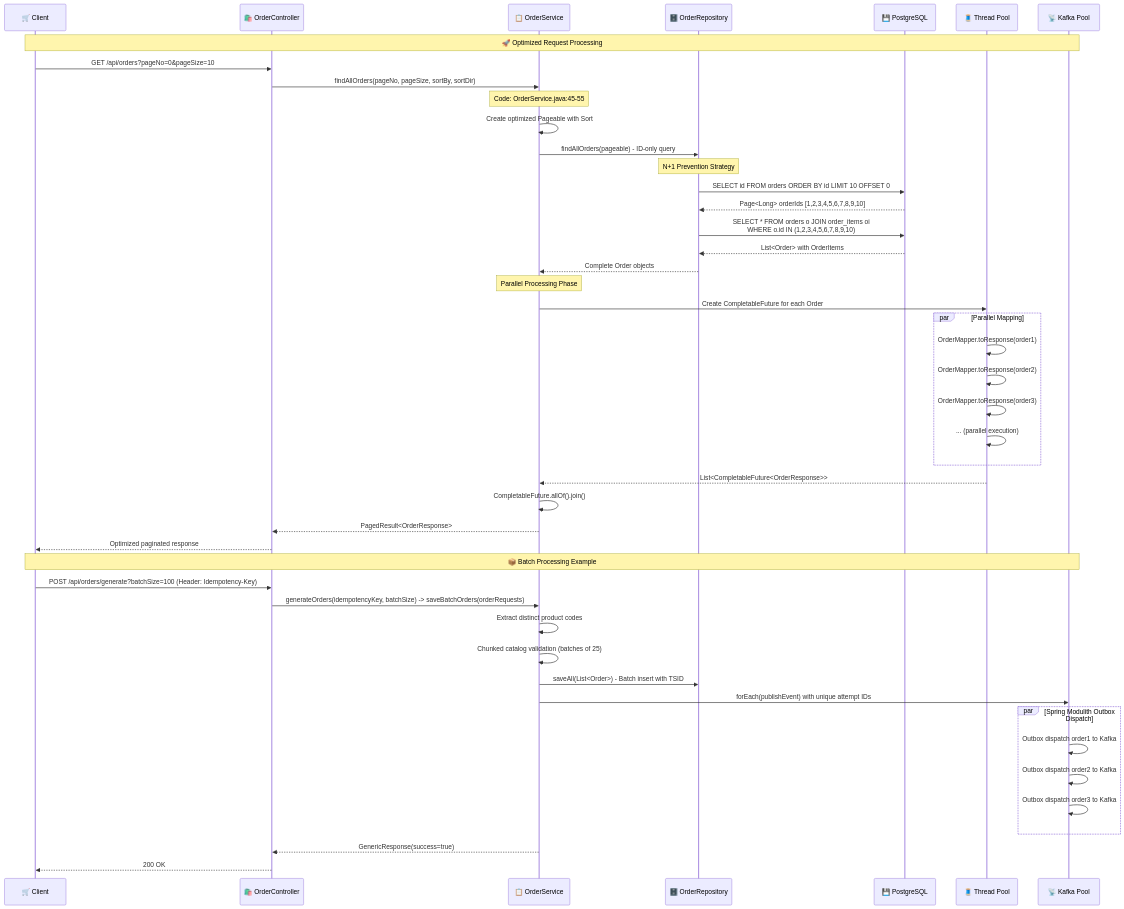
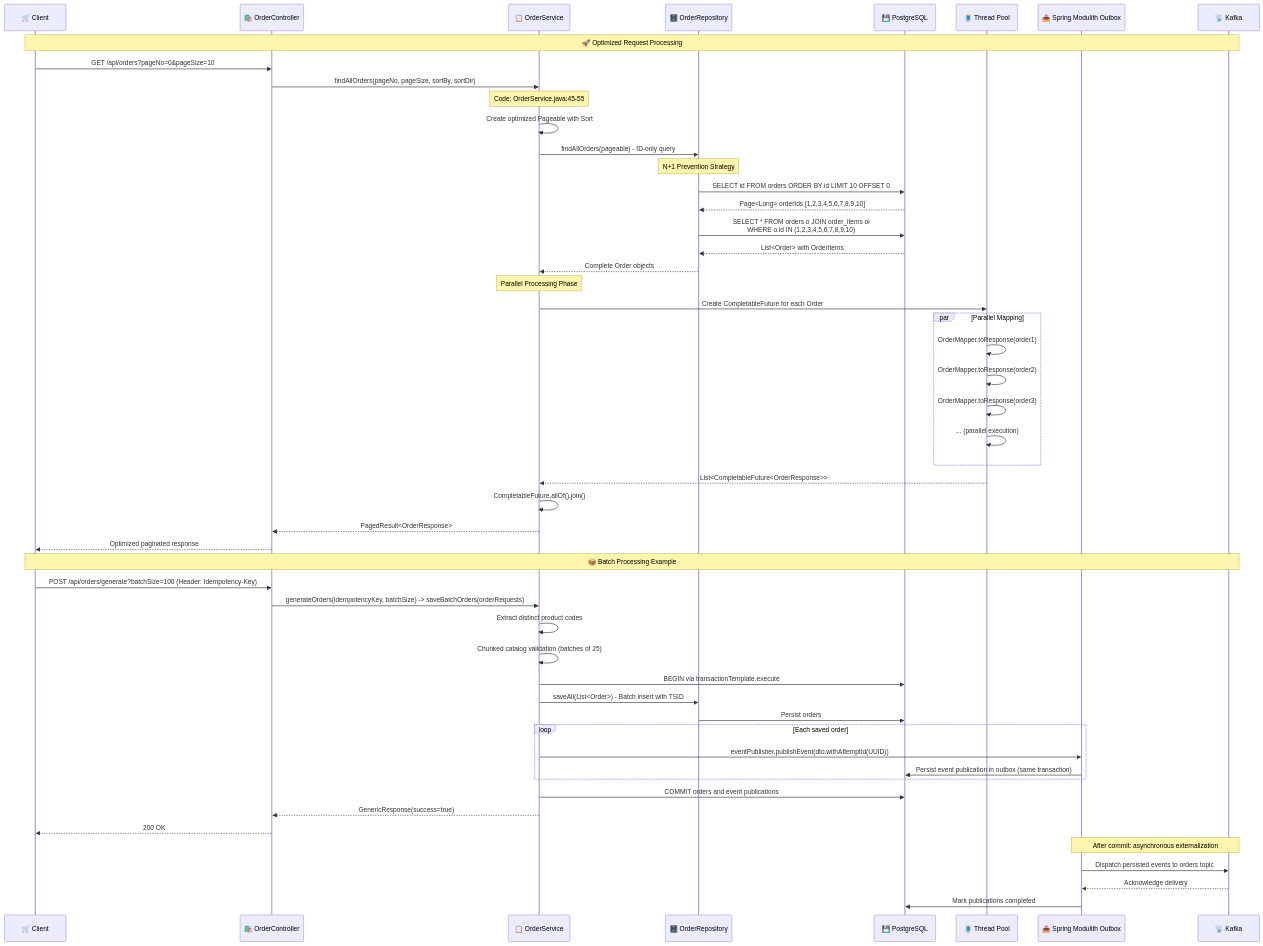
The second of 2 diagrams in order-service/docs/05-Performance-Optimizations-Deep-Dive.md (rajadilipkolli/spring-boot-microservices-series-v2), drawn with Mermaid before and after one commit. The commit also changed other lines of this file and 12 other files, not shown here.

Commit message:
docs : correct Kafka transaction guarantees and OAuth2 security examples

````diff
--- a/order-service/docs/05-Performance-Optimizations-Deep-Dive.md
+++ b/order-service/docs/05-Performance-Optimizations-Deep-Dive.md
@@ -41,59 +41,64 @@
 ```mermaid
 sequenceDiagram
     participant Client as 🛒 Client
     participant Controller as 🛍️ OrderController
     participant Service as 📋 OrderService
     participant Repository as 🗄️ OrderRepository
     participant Database as 💾 PostgreSQL
     participant ThreadPool as 🧵 Thread Pool
-    participant KafkaPool as 📡 Kafka Pool
+    participant Modulith as 📤 Spring Modulith Outbox
+    participant Kafka as 📡 Kafka
     
-    Note over Client, KafkaPool: 🚀 Optimized Request Processing
+    Note over Client, Kafka: 🚀 Optimized Request Processing
     Client->>Controller: GET /api/orders?pageNo=0&pageSize=10
     Controller->>Service: findAllOrders(pageNo, pageSize, sortBy, sortDir)
     
     Note over Service: Code: OrderService.java:45-55
     Service->>Service: Create optimized Pageable with Sort
     Service->>Repository: findAllOrders(pageable) - ID-only query
     
     Note over Repository: N+1 Prevention Strategy
     Repository->>Database: SELECT id FROM orders ORDER BY id LIMIT 10 OFFSET 0
     Database-->>Repository: Page<Long> orderIds [1,2,3,4,5,6,7,8,9,10]
     
     Repository->>Database: SELECT * FROM orders o JOIN order_items oi<br/>WHERE o.id IN (1,2,3,4,5,6,7,8,9,10)
     Database-->>Repository: List<Order> with OrderItems
     Repository-->>Service: Complete Order objects
     
     Note over Service: Parallel Processing Phase
     Service->>ThreadPool: Create CompletableFuture for each Order
     
     par Parallel Mapping
         ThreadPool->>ThreadPool: OrderMapper.toResponse(order1)
         ThreadPool->>ThreadPool: OrderMapper.toResponse(order2)
         ThreadPool->>ThreadPool: OrderMapper.toResponse(order3)
         ThreadPool->>ThreadPool: ... (parallel execution)
     end
     
     ThreadPool-->>Service: List<CompletableFuture<OrderResponse>>
     Service->>Service: CompletableFuture.allOf().join()
     Service-->>Controller: PagedResult<OrderResponse>
     Controller-->>Client: Optimized paginated response
     
-    Note over Client, KafkaPool: 📦 Batch Processing Example
+    Note over Client, Kafka: 📦 Batch Processing Example
     Client->>Controller: POST /api/orders/generate?batchSize=100 (Header: Idempotency-Key)
     Controller->>Service: generateOrders(idempotencyKey, batchSize) -> saveBatchOrders(orderRequests)
     
     Service->>Service: Extract distinct product codes
     Service->>Service: Chunked catalog validation (batches of 25)
+    Service->>Database: BEGIN via transactionTemplate.execute
     Service->>Repository: saveAll(List<Order>) - Batch insert with TSID
-    
-    Service->>KafkaPool: forEach(publishEvent) with unique attempt IDs
-    par Spring Modulith Outbox Dispatch
-        KafkaPool->>KafkaPool: Outbox dispatch order1 to Kafka
-        KafkaPool->>KafkaPool: Outbox dispatch order2 to Kafka
-        KafkaPool->>KafkaPool: Outbox dispatch order3 to Kafka
+    Repository->>Database: Persist orders
+    loop Each saved order
+        Service->>Modulith: eventPublisher.publishEvent(dto.withAttemptId(UUID))
+        Modulith->>Database: Persist event publication in outbox (same transaction)
     end
-    
+    Service->>Database: COMMIT orders and event publications
     Service-->>Controller: GenericResponse(success=true)
     Controller-->>Client: 200 OK
+
+    Note over Modulith, Kafka: After commit: asynchronous externalization
+    Modulith->>Kafka: Dispatch persisted events to orders topic
+    Kafka-->>Modulith: Acknowledge delivery
+    Modulith->>Database: Mark publications completed
 ```
````
